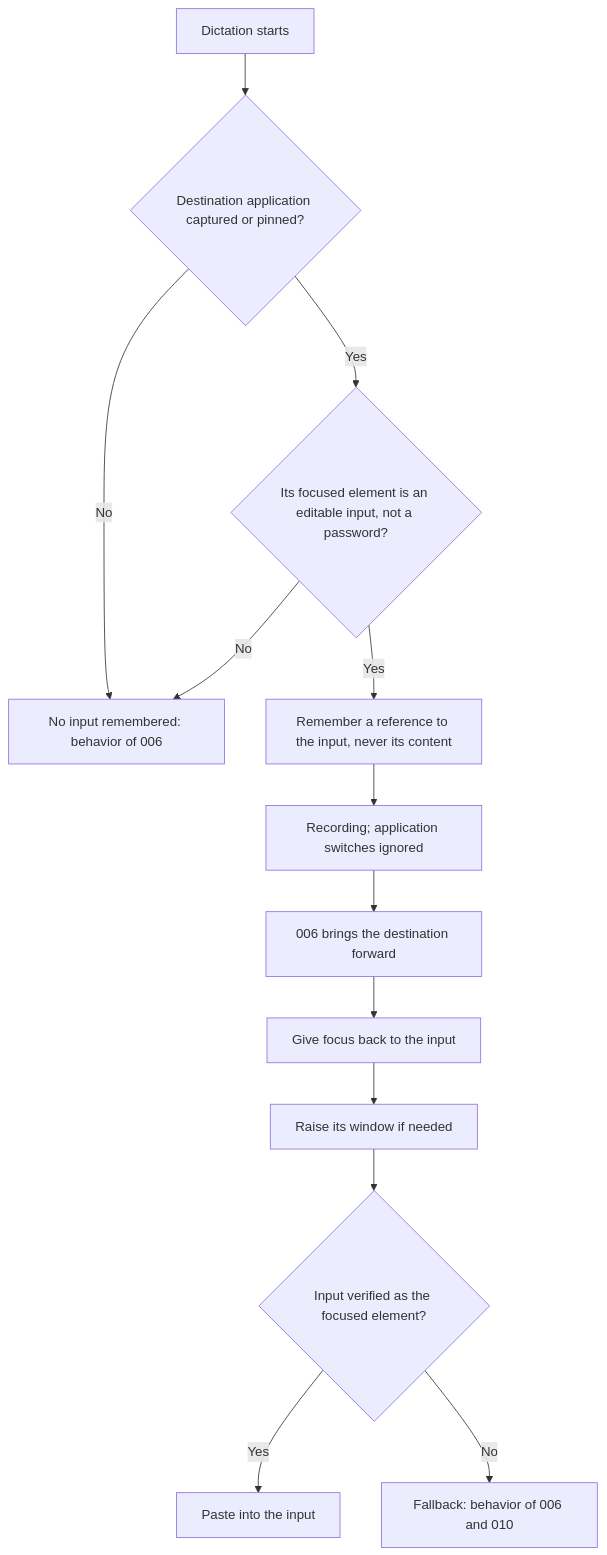
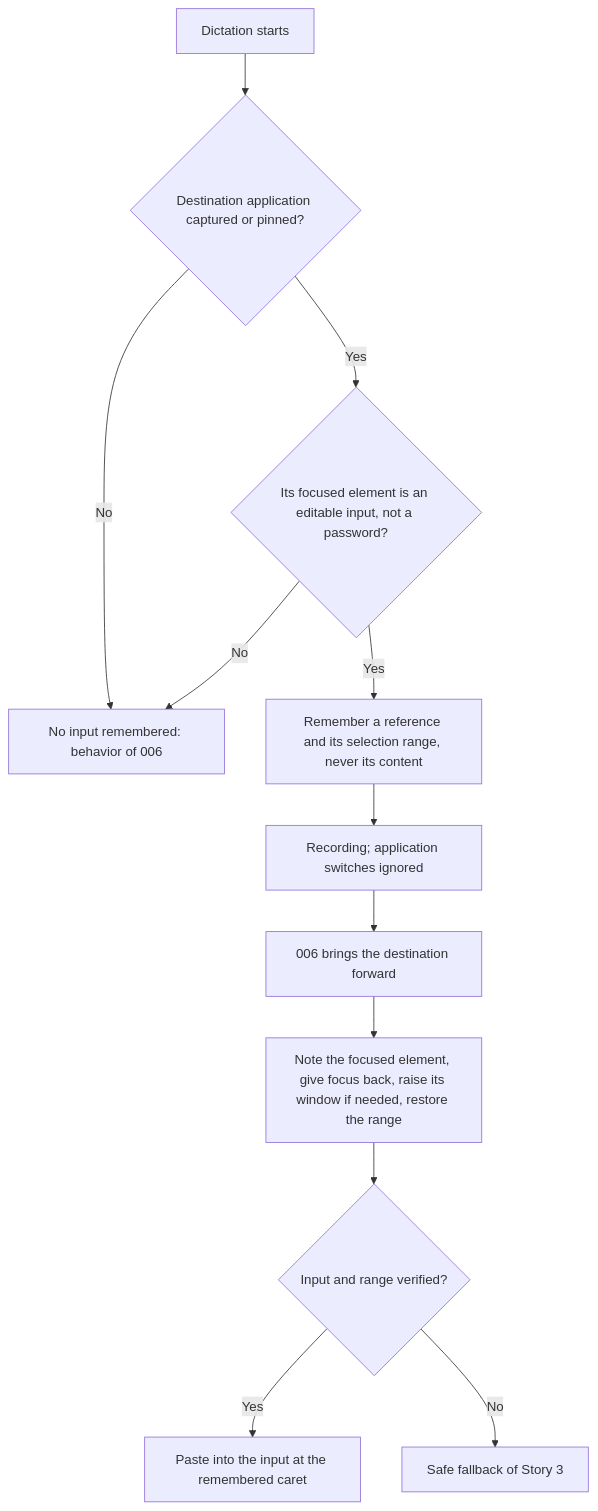
One commit to julien-m/handy changed the first of 4 diagrams in .specs/features/011-dictation-field-return/spec.md. Above: the diagram before and after it, drawn with Mermaid. The commit also changed other lines of this file and 2 other files, not shown here.

````diff
--- a/.specs/features/011-dictation-field-return/spec.md
+++ b/.specs/features/011-dictation-field-return/spec.md
@@ -52,15 +52,14 @@
 ```mermaid
 flowchart TD
   A[Dictation starts] --> B{Destination application captured or pinned?}
   B -- No --> C[No input remembered: behavior of 006]
   B -- Yes --> D{Its focused element is an editable input, not a password?}
   D -- No --> C
-  D -- Yes --> E[Remember a reference to the input, never its content]
+  D -- Yes --> E[Remember a reference and its selection range, never its content]
   E --> F[Recording; application switches ignored]
   F --> G[006 brings the destination forward]
-  G --> H[Give focus back to the input]
-  H --> I[Raise its window if needed]
-  I --> J{Input verified as the focused element?}
-  J -- Yes --> K[Paste into the input]
-  J -- No --> L[Fallback: behavior of 006 and 010]
+  G --> H[Note the focused element, give focus back, raise its window if needed, restore the range]
+  H --> J{Input and range verified?}
+  J -- Yes --> K[Paste into the input at the remembered caret]
+  J -- No --> L[Safe fallback of Story 3]
 ```
````
